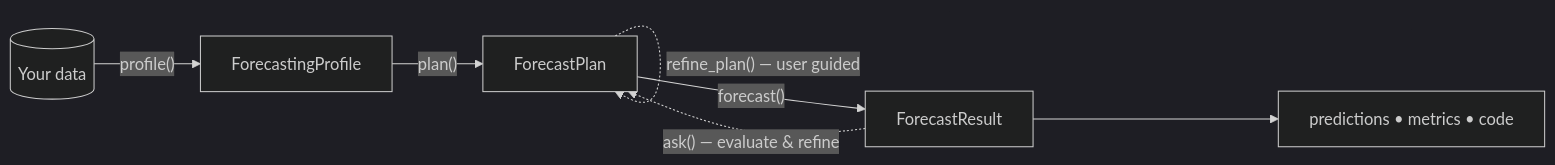
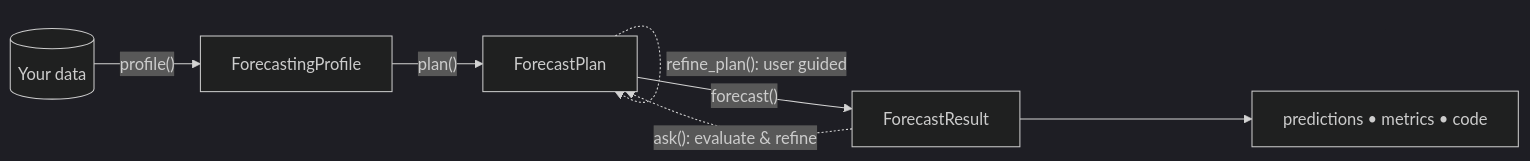
One commit to skforecast/skforecast-ai changed the diagram in docs/user_guides/the-forecasting-workflow.md. Above: the diagram before and after it, drawn with Mermaid (dark theme). The commit also changed 16 other files, not shown here.

````diff
--- a/docs/user_guides/the-forecasting-workflow.md
+++ b/docs/user_guides/the-forecasting-workflow.md
@@ -7,9 +7,9 @@
 ```mermaid
 flowchart LR
     A[(Your data)] -->|"profile()"| B[ForecastingProfile]
     B -->|"plan()"| C[ForecastPlan]
-    C -.->|"refine_plan() — user guided"| C
+    C -.->|"refine_plan(): user guided"| C
     C -->|"forecast()"| D[ForecastResult]
-    D -.->|"ask() — evaluate & refine"| C
+    D -.->|"ask(): evaluate & refine"| C
     D --> E[predictions • metrics • code]
 ```
````
